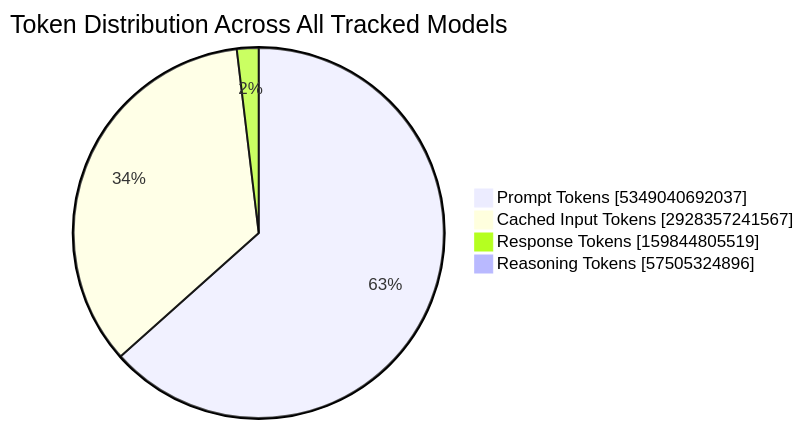
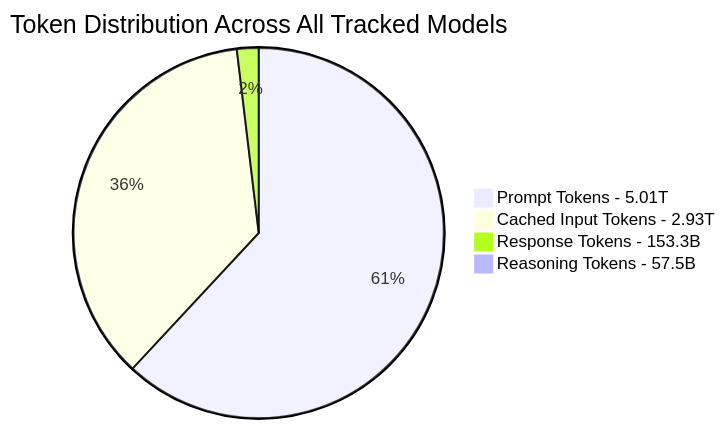
One commit to johnbean393/openrouter-inference-stats changed the fourth of 4 diagrams in README.md. Above: the diagram before and after it, drawn with Mermaid. The commit also changed other lines of this file and 3 other files, not shown here.

First line of the commit message:
Fix chart readability and prevent duplicate weekly snapshots

````diff
--- a/README.md
+++ b/README.md
@@ -54,8 +54,8 @@
 ```mermaid
-pie showData
+pie
     title Token Distribution Across All Tracked Models
-    "Prompt Tokens" : 5349040692037
-    "Cached Input Tokens" : 2928357241567
-    "Response Tokens" : 159844805519
-    "Reasoning Tokens" : 57505324896
+    "Prompt Tokens - 5.01T" : 5012564648034
+    "Cached Input Tokens - 2.93T" : 2928357241567
+    "Response Tokens - 153.3B" : 153263265838
+    "Reasoning Tokens - 57.5B" : 57505324896
 ```
````
